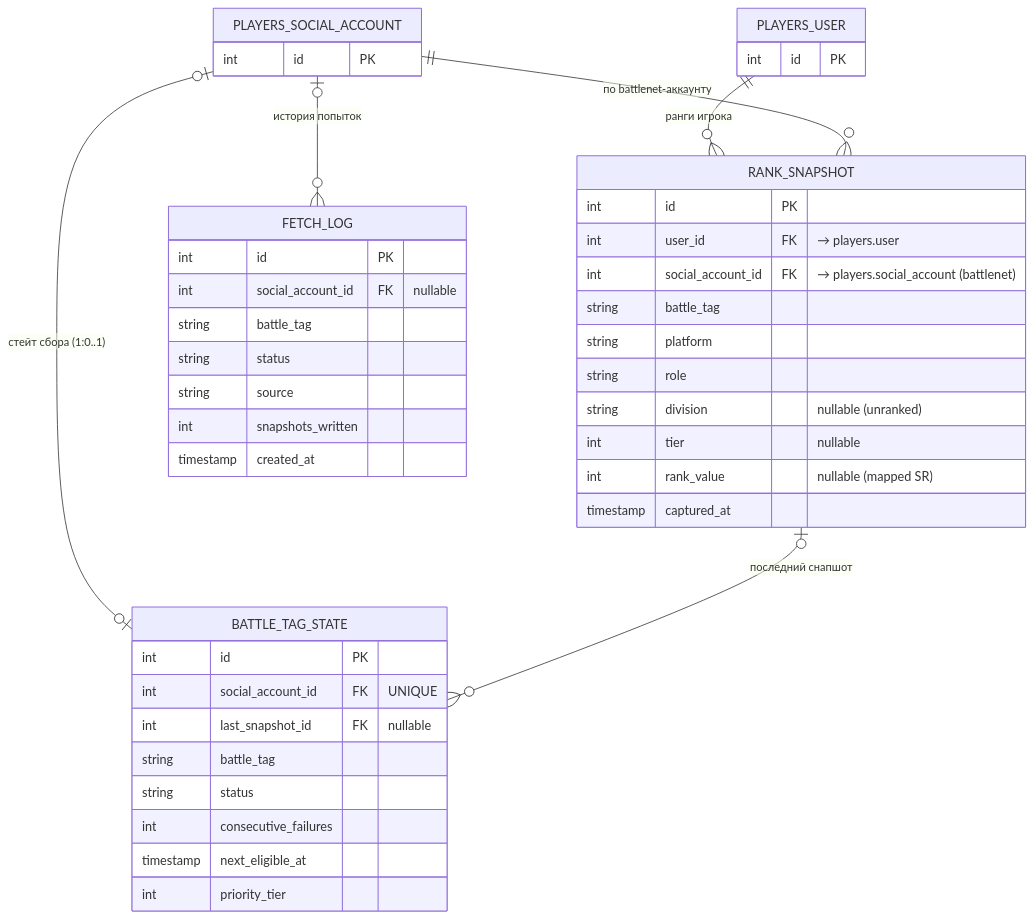
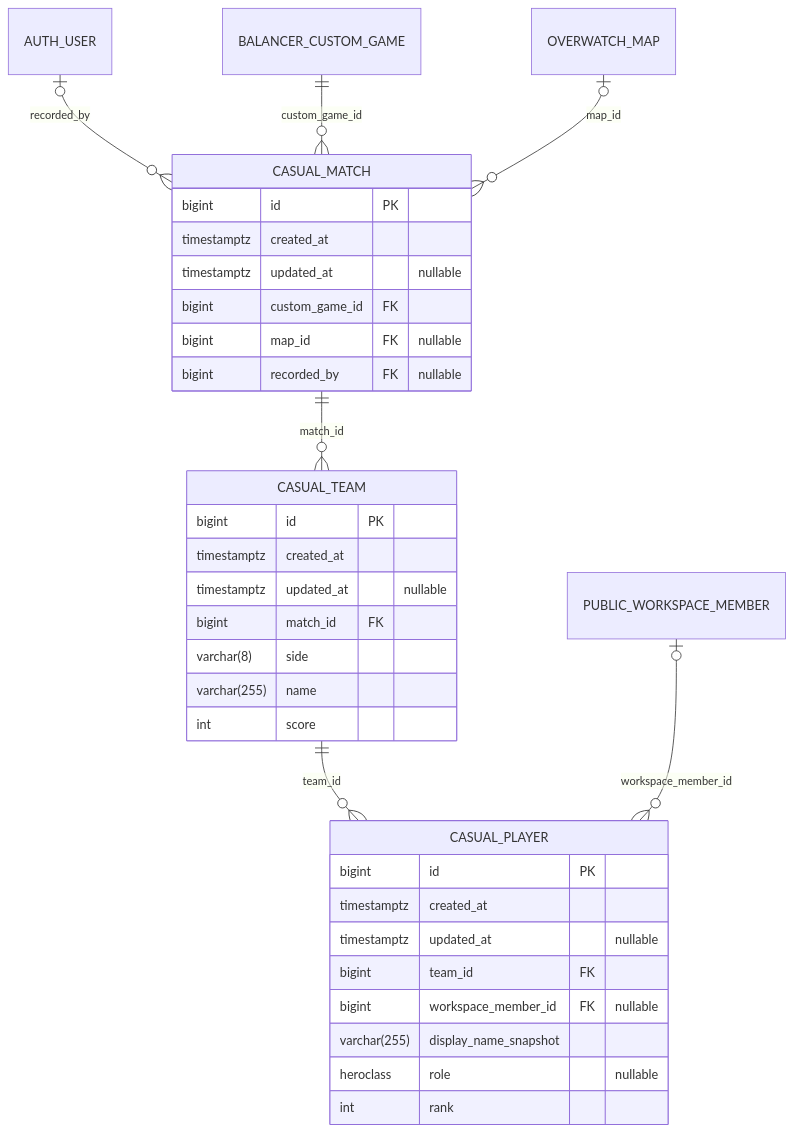
One commit to CraazzzyyFoxx/anak-tournaments changed diagram 12 of 19 in docs/database_erd.md. Above: the diagram before and after it, drawn with Mermaid. The commit also changed other lines of this file and 60 other files, not shown here.

````diff
--- a/docs/database_erd.md
+++ b/docs/database_erd.md
@@ -810,46 +1876,37 @@
 ```mermaid
 erDiagram
-    RANK_SNAPSHOT {
-        int id PK
-        int user_id FK "→ players.user"
-        int social_account_id FK "→ players.social_account (battlenet)"
-        string battle_tag
-        string platform
-        string role
-        string division "nullable (unranked)"
-        int tier "nullable"
-        int rank_value "nullable (mapped SR)"
-        timestamp captured_at
+    CASUAL_MATCH {
+        bigint id PK
+        timestamptz created_at
+        timestamptz updated_at "nullable"
+        bigint custom_game_id FK
+        bigint map_id FK "nullable"
+        bigint recorded_by FK "nullable"
     }
-    BATTLE_TAG_STATE {
-        int id PK
-        int social_account_id FK "UNIQUE"
-        int last_snapshot_id FK "nullable"
-        string battle_tag
-        string status
-        int consecutive_failures
-        timestamp next_eligible_at
-        int priority_tier
+    CASUAL_PLAYER {
+        bigint id PK
+        timestamptz created_at
+        timestamptz updated_at "nullable"
+        bigint team_id FK
+        bigint workspace_member_id FK "nullable"
+        varchar(255) display_name_snapshot
+        heroclass role "nullable"
+        int rank
     }
-    FETCH_LOG {
-        int id PK
-        int social_account_id FK "nullable"
-        string battle_tag
-        string status
-        string source
-        int snapshots_written
-        timestamp created_at
-    }
-    PLAYERS_USER {
-        int id PK
-    }
-    PLAYERS_SOCIAL_ACCOUNT {
-        int id PK
+    CASUAL_TEAM {
+        bigint id PK
+        timestamptz created_at
+        timestamptz updated_at "nullable"
+        bigint match_id FK
+        varchar(8) side
+        varchar(255) name
+        int score
     }
 
-    PLAYERS_USER ||--o{ RANK_SNAPSHOT : "ранги игрока"
-    PLAYERS_SOCIAL_ACCOUNT ||--o{ RANK_SNAPSHOT : "по battlenet-аккаунту"
-    PLAYERS_SOCIAL_ACCOUNT |o--o| BATTLE_TAG_STATE : "стейт сбора (1:0..1)"
-    RANK_SNAPSHOT |o--o{ BATTLE_TAG_STATE : "последний снапшот"
-    PLAYERS_SOCIAL_ACCOUNT |o--o{ FETCH_LOG : "история попыток"
+    AUTH_USER |o--o{ CASUAL_MATCH : "recorded_by"
+    BALANCER_CUSTOM_GAME ||--o{ CASUAL_MATCH : "custom_game_id"
+    CASUAL_MATCH ||--o{ CASUAL_TEAM : "match_id"
+    CASUAL_TEAM ||--o{ CASUAL_PLAYER : "team_id"
+    OVERWATCH_MAP |o--o{ CASUAL_MATCH : "map_id"
+    PUBLIC_WORKSPACE_MEMBER |o--o{ CASUAL_PLAYER : "workspace_member_id"
 ```
````
